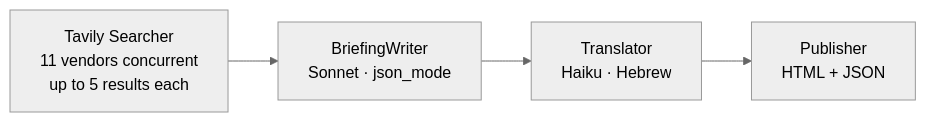
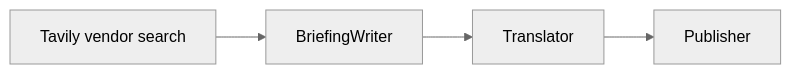
Before and after one commit to kobyal/ai-news-briefing: the sixth of 15 diagrams in README.md, drawn with Mermaid (neutral theme). The commit also changed other lines of this file, not shown here.

Commit message:
docs: rewrite README for current 11-agent architecture

````diff
--- a/README.md
+++ b/README.md
@@ -286,7 +269,6 @@
 ```mermaid
 flowchart LR
-    TS["Tavily Searcher\n11 vendors concurrent\nup to 5 results each"] -->
-    BW["BriefingWriter\nSonnet · json_mode"] -->
-    TR["Translator\nHaiku · Hebrew"] -->
-    PB["Publisher\nHTML + JSON"]
+    A["Tavily vendor search"] --> B["BriefingWriter"]
+    B --> C["Translator"]
+    C --> D["Publisher"]
 ```
````
